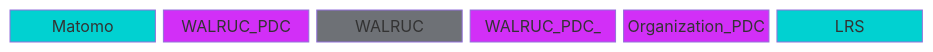
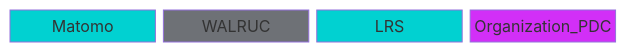
The second of 4 diagrams in docs/design-document.md (Prometheus-X-association/walruc), drawn with Mermaid before and after one commit. The commit also changed other lines of this file, not shown here.

````diff
--- a/docs/design-document.md
+++ b/docs/design-document.md
@@ -153,18 +147,16 @@
 ```mermaid
 
 block-beta
 
-columns 6
+columns 4
 
-Matomo:1 WALRUC_PDC:1 WALRUC:1 WALRUC_PDC_:1 Organization_PDC:1 LRS:1
+Matomo:1 WALRUC:1 LRS:1 Organization_PDC:1
 
 classDef colorA fill:#D22FF7,color:#fff
 classDef colorEx fill:#01D1D1,color:#fff
 classDef colorED fill:#6E7176,color:#fff
 class Matomo colorEx
 class LRS colorEx
 class WALRUC colorED
-class WALRUC_PDC colorA
-class WALRUC_PDC_ colorA
 class Organization_PDC colorA
 ```
````
